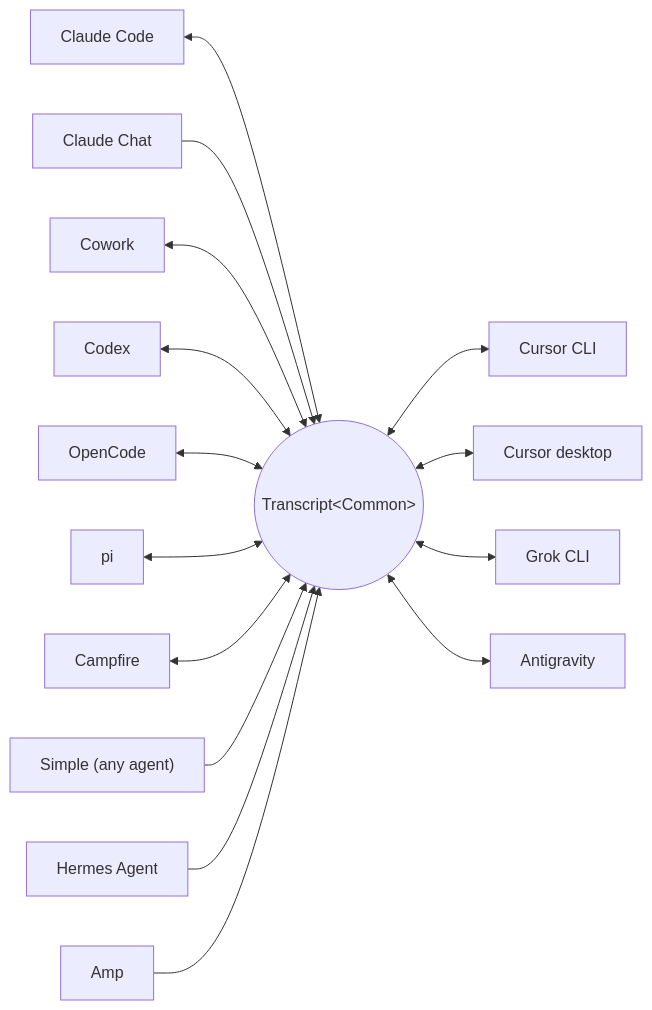
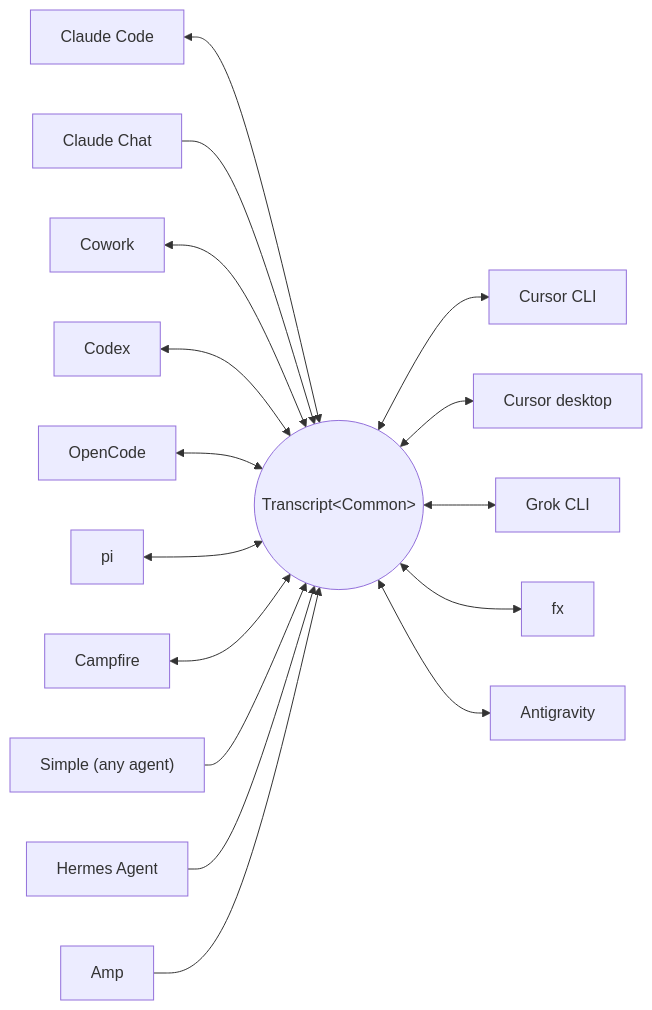
One commit to Adityakk9031/txcript changed the diagram in README.md. Above: the diagram before and after it, drawn with Mermaid. The commit also changed other lines of this file and 12 other files, not shown here.

````diff
--- a/README.md
+++ b/README.md
@@ -60,17 +60,18 @@
 ```mermaid
 flowchart LR
     claude["Claude Code"] <--> common(("Transcript&lt;Common&gt;"))
     claudechat["Claude Chat"] --> common
     cowork["Cowork"] <--> common
     codex["Codex"] <--> common
     opencode["OpenCode"] <--> common
     pi["pi"] <--> common
     campfire["Campfire"] <--> common
     common <--> cursor["Cursor CLI"]
     common <--> cursordesktop["Cursor desktop"]
     common <--> grok["Grok CLI"]
+    common <--> fx["fx"]
     common <--> antigravity["Antigravity"]
     simple["Simple (any agent)"] --> common
     hermes["Hermes Agent"] --> common
     amp["Amp"] --> common
 ```
````
